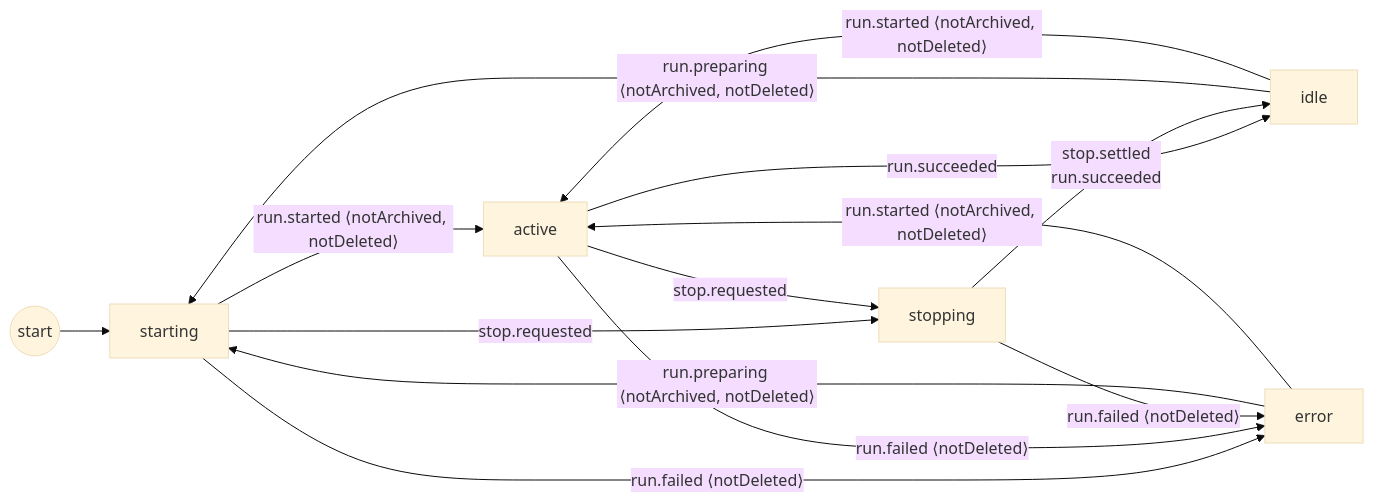
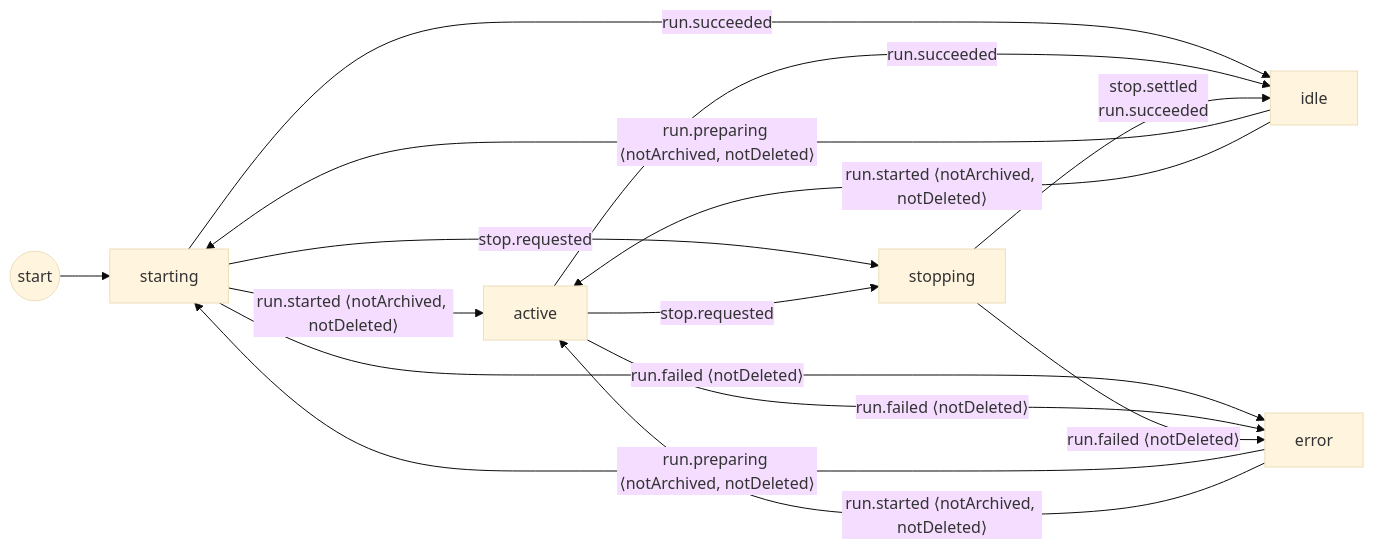
Before and after one commit to barelyhuman/bb-ide: the first of 2 diagrams in docs/lifecycle-diagrams.md, drawn with Mermaid (base theme). The commit also changed 199 other files, not shown here.

First line of the commit message:
Thread forking + session-based side chats + timeline scroll preservation (#85)

````diff
--- a/docs/lifecycle-diagrams.md
+++ b/docs/lifecycle-diagrams.md
@@ -23,22 +23,23 @@
 ```mermaid
 flowchart LR
     __start((start))
     idle["idle"]
     starting["starting"]
     active["active"]
     stopping["stopping"]
     error["error"]
     __start --> starting
     idle -->|"run.preparing ⟨notArchived, notDeleted⟩"| starting
     idle -->|"run.started ⟨notArchived, notDeleted⟩"| active
     starting -->|"run.started ⟨notArchived, notDeleted⟩"| active
+    starting -->|"run.succeeded"| idle
     starting -->|"run.failed ⟨notDeleted⟩"| error
     starting -->|"stop.requested"| stopping
     active -->|"run.succeeded"| idle
     active -->|"run.failed ⟨notDeleted⟩"| error
     active -->|"stop.requested"| stopping
     stopping -->|"stop.settled<br/>run.succeeded"| idle
     stopping -->|"run.failed ⟨notDeleted⟩"| error
     error -->|"run.preparing ⟨notArchived, notDeleted⟩"| starting
     error -->|"run.started ⟨notArchived, notDeleted⟩"| active
 ```
````
